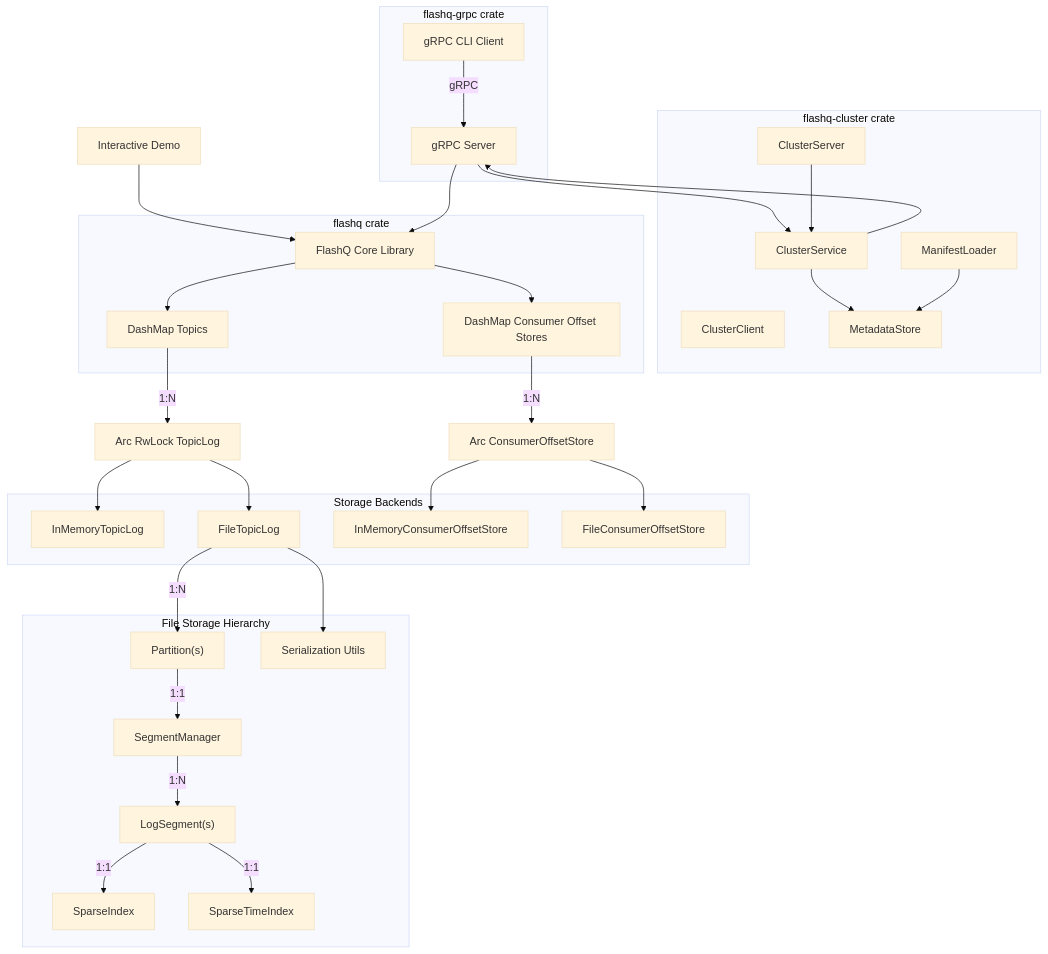
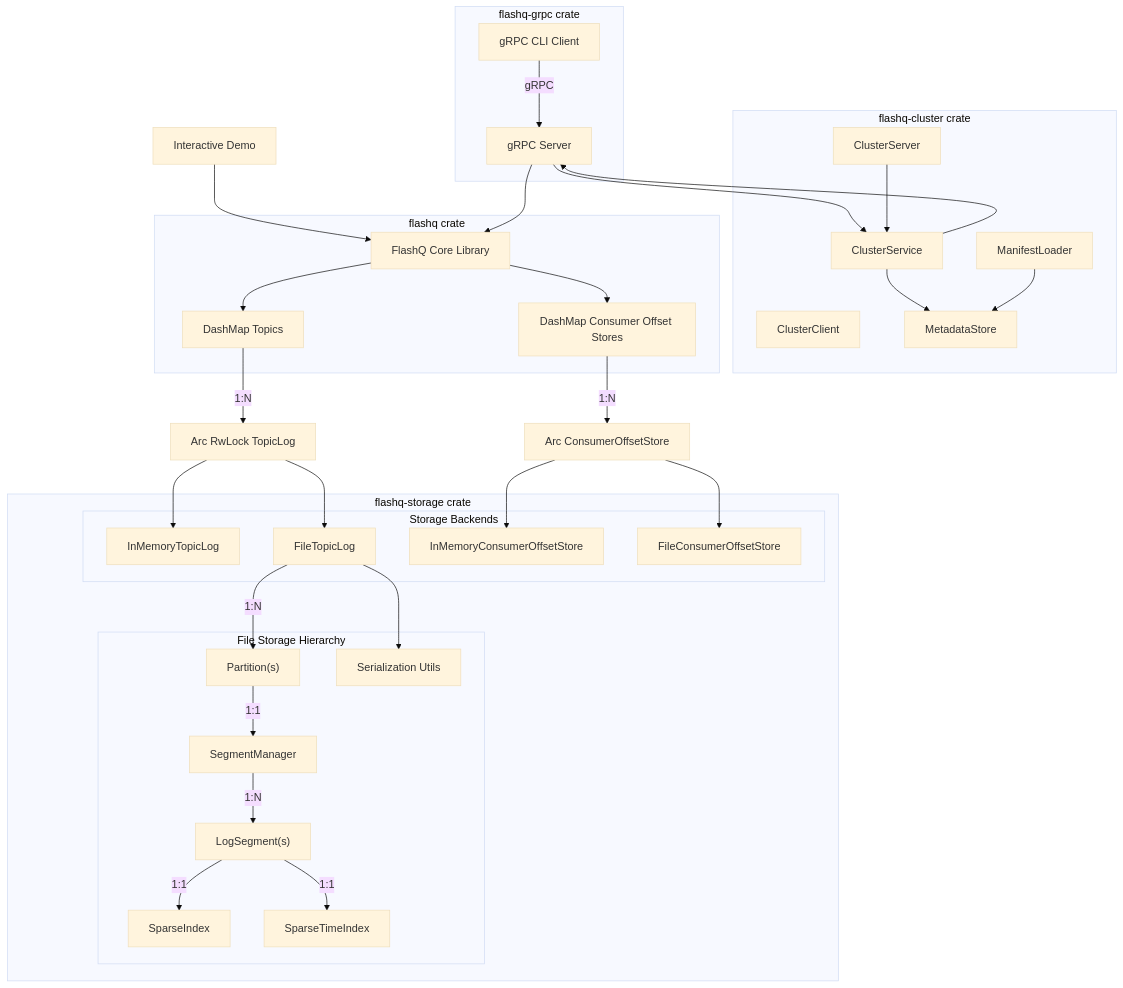
The first of 2 diagrams in docs/architecture.md (harshitmahapatra/flashq), drawn with Mermaid (base theme) before and after one commit. The commit also changed other lines of this file and 54 other files, not shown here.

First line of the commit message:
Extract storage layer into flashq-storage crate (#82)

````diff
--- a/docs/architecture.md
+++ b/docs/architecture.md
@@ -7,58 +7,60 @@
 ```mermaid
 graph TD
     A2[gRPC CLI Client] -->|gRPC| B2[gRPC Server]
     C[Interactive Demo] --> D[FlashQ Core Library]
     B2 --> D
     B2 --> CS[ClusterService]
 
     subgraph "flashq-grpc crate"
         B2
         A2
     end
 
     subgraph "flashq-cluster crate"
         CS
         CC[ClusterClient]
         CSrv[ClusterServer]
         MS[MetadataStore]
         ML[ManifestLoader]
     end
 
     subgraph "flashq crate"
         D
         E[DashMap Topics]
         F[DashMap Consumer Offset Stores]
     end
 
     D --> E
     D --> F
 
     E -->|"1:N"| G[Arc RwLock TopicLog]
     F -->|"1:N"| H[Arc ConsumerOffsetStore]
 
     CS --> MS
     CS --> B2
     CSrv --> CS
     ML --> MS
 
-    subgraph "Storage Backends"
-        I[InMemoryTopicLog]
-        J[FileTopicLog]
-        K[InMemoryConsumerOffsetStore]
-        L[FileConsumerOffsetStore]
-    end
+    subgraph "flashq-storage crate"
+        subgraph "Storage Backends"
+            I[InMemoryTopicLog]
+            J[FileTopicLog]
+            K[InMemoryConsumerOffsetStore]
+            L[FileConsumerOffsetStore]
+        end
 
-    subgraph "File Storage Hierarchy"
-        J -->|"1:N"| JP["Partition(s)"]
-        JP -->|"1:1"| M["SegmentManager"]
-        M -->|"1:N"| N["LogSegment(s)"]
-        N -->|"1:1"| O["SparseIndex"]
-        N -->|"1:1"| Q["SparseTimeIndex"]
-        J --> P["Serialization Utils"]
+        subgraph "File Storage Hierarchy"
+            J -->|"1:N"| JP["Partition(s)"]
+            JP -->|"1:1"| M["SegmentManager"]
+            M -->|"1:N"| N["LogSegment(s)"]
+            N -->|"1:1"| O["SparseIndex"]
+            N -->|"1:1"| Q["SparseTimeIndex"]
+            J --> P["Serialization Utils"]
+        end
     end
 
     G --> I
     G --> J
     H --> K
     H --> L
 ```
````
